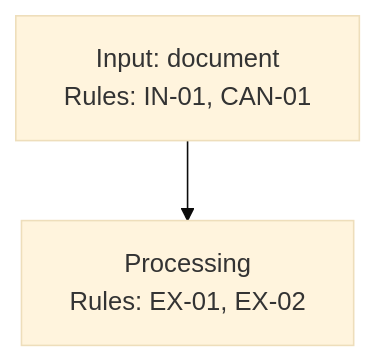
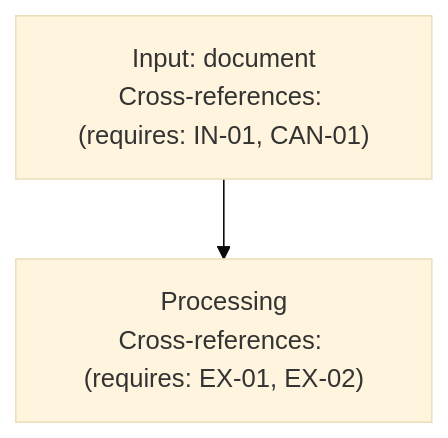
Before and after one commit to nestharus/ai-workflow: the first of 2 diagrams in .tasks/processes/prd structure.md, drawn with Mermaid (base theme). The commit also changed other lines of this file and 43 other files, not shown here.

````diff
--- a/.tasks/processes/prd structure.md
+++ b/.tasks/processes/prd structure.md
@@ -113,4 +157,4 @@
 ```mermaid
 flowchart TD
-  A["Input: document<br/>Rules: IN-01, CAN-01"] --> B["Processing<br/>Rules: EX-01, EX-02"]
+  A["Input: document<br/>Cross-references: (requires: IN-01, CAN-01)"] --> B["Processing<br/>Cross-references: (requires: EX-01, EX-02)"]
 ```
````
